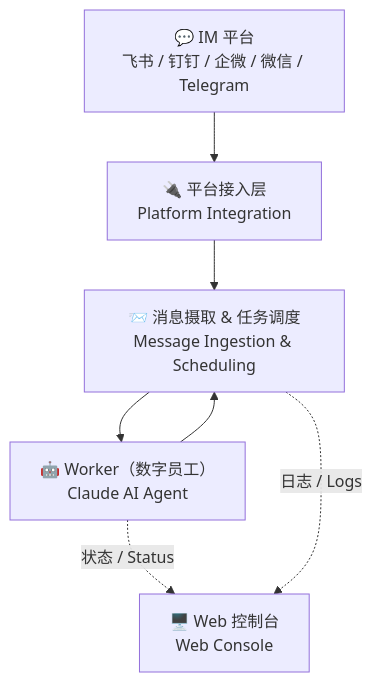
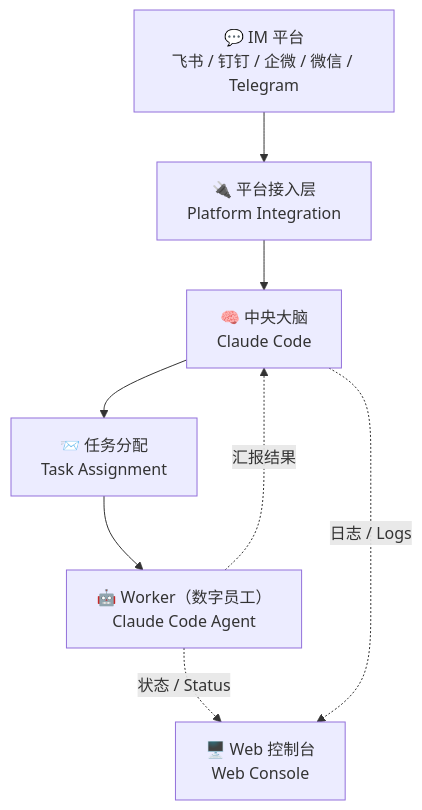
Before and after one commit to theopenbee/openbee: the diagram in README.zh.md, drawn with Mermaid. The commit also changed other lines of this file and 1 other file, not shown here.

First line of the commit message:
docs: update README to use Claude Code branding and new architecture diagram

````diff
--- a/README.zh.md
+++ b/README.zh.md
@@ -111,9 +111,10 @@
 ```mermaid
 graph TD
     A["💬 IM 平台\n飞书 / 钉钉 / 企微 / 微信 / Telegram"] --> B["🔌 平台接入层\nPlatform Integration"]
-    B --> C["📨 消息摄取 & 任务调度\nMessage Ingestion & Scheduling"]
-    C --> D["🤖 Worker（数字员工）\nClaude AI Agent"]
-    D --> C
-    D -. "状态 / Status" .-> E["🖥️ Web 控制台\nWeb Console"]
-    C -. "日志 / Logs" .-> E
+    B --> C["🧠 中央大脑\nClaude Code"]
+    C --> D["📨 任务分配\nTask Assignment"]
+    D --> E["🤖 Worker（数字员工）\nClaude Code Agent"]
+    E -. "汇报结果" .-> C
+    E -. "状态 / Status" .-> F["🖥️ Web 控制台\nWeb Console"]
+    C -. "日志 / Logs" .-> F
 ```
````
